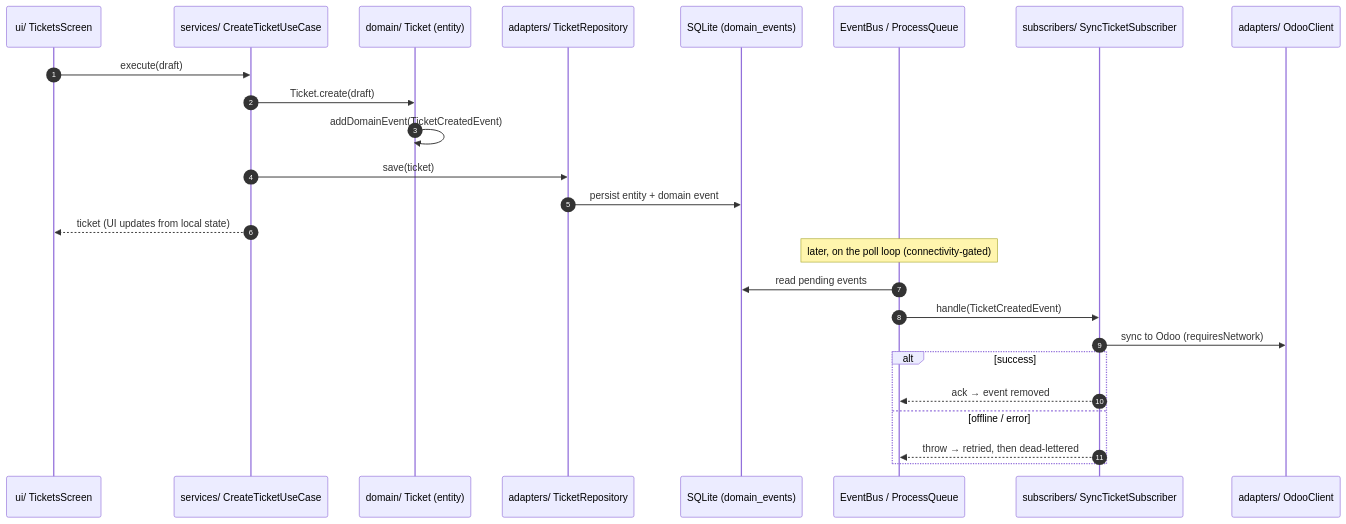
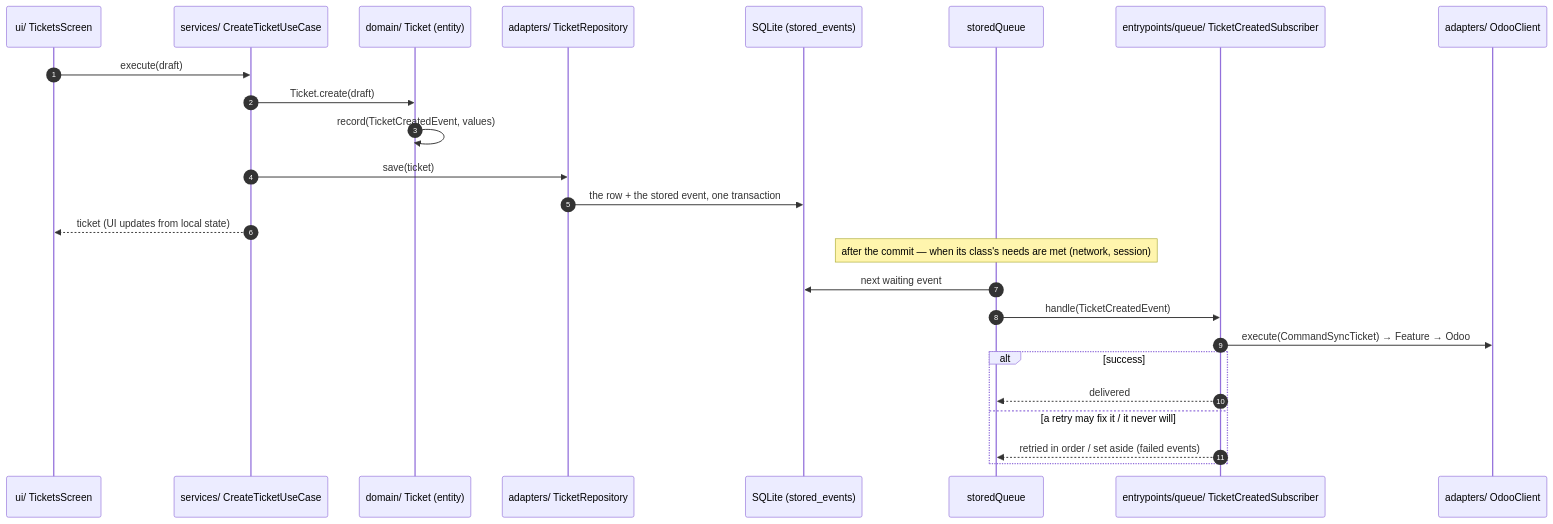
The second of 2 diagrams in docs/architecture-consumer.md (Sincpro-SRL/sincpro_mobile), drawn with Mermaid before and after one commit. The commit also changed other lines of this file and 128 other files, not shown here.

````diff
--- a/docs/architecture-consumer.md
+++ b/docs/architecture-consumer.md
@@ -243,28 +293,28 @@
 ```mermaid
 sequenceDiagram
     autonumber
     participant UI as ui/ TicketsScreen
     participant UC as services/ CreateTicketUseCase
     participant E as domain/ Ticket (entity)
     participant Repo as adapters/ TicketRepository
-    participant DB as SQLite (domain_events)
-    participant Bus as EventBus / ProcessQueue
-    participant Sub as subscribers/ SyncTicketSubscriber
+    participant DB as SQLite (stored_events)
+    participant Bus as storedQueue
+    participant Sub as entrypoints/queue/ TicketCreatedSubscriber
     participant Ext as adapters/ OdooClient
 
     UI->>UC: execute(draft)
     UC->>E: Ticket.create(draft)
-    E->>E: addDomainEvent(TicketCreatedEvent)
+    E->>E: record(TicketCreatedEvent, values)
     UC->>Repo: save(ticket)
-    Repo->>DB: persist entity + domain event
+    Repo->>DB: the row + the stored event, one transaction
     UC-->>UI: ticket (UI updates from local state)
-    Note over Bus: later, on the poll loop (connectivity-gated)
-    Bus->>DB: read pending events
+    Note over Bus: after the commit — when its class's needs are met (network, session)
+    Bus->>DB: next waiting event
     Bus->>Sub: handle(TicketCreatedEvent)
-    Sub->>Ext: sync to Odoo (requiresNetwork)
+    Sub->>Ext: execute(CommandSyncTicket) → Feature → Odoo
     alt success
-        Sub-->>Bus: ack → event removed
-    else offline / error
-        Sub-->>Bus: throw → retried, then dead-lettered
+        Sub-->>Bus: delivered
+    else a retry may fix it / it never will
+        Sub-->>Bus: retried in order / set aside (failed events)
     end
 ```
````
